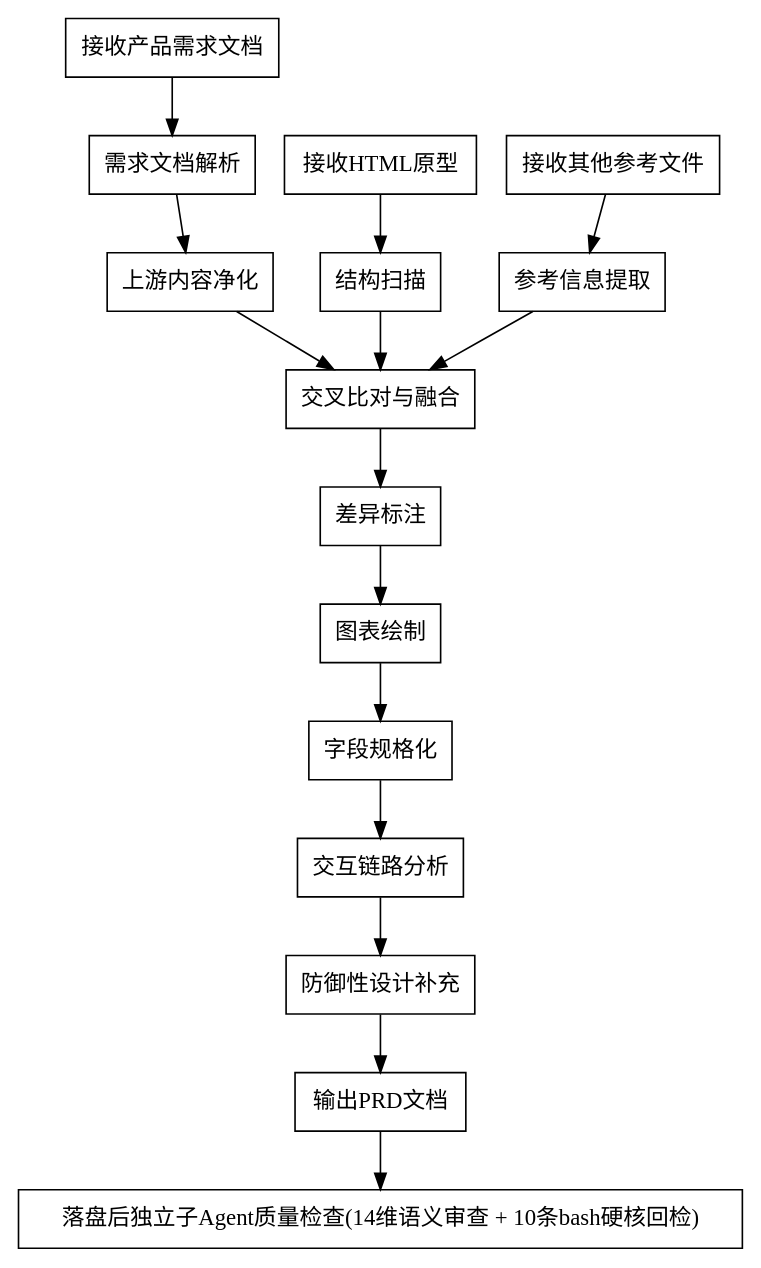
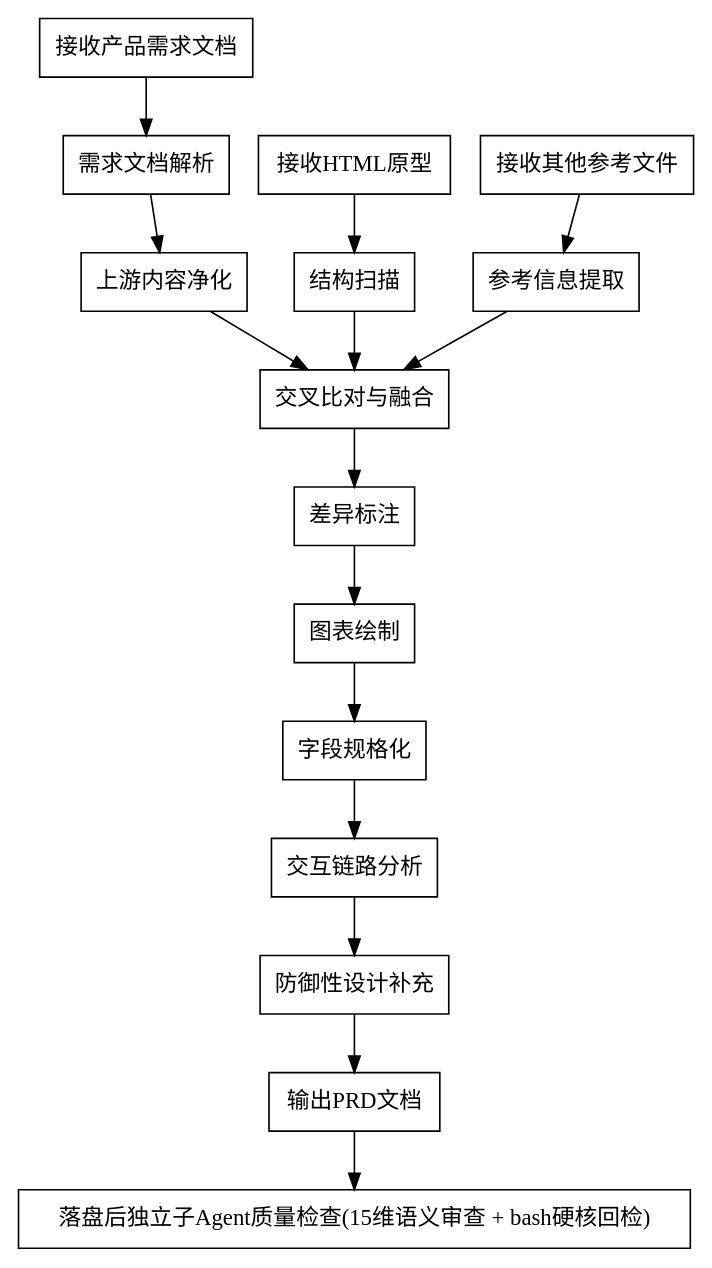
Before and after one commit to SugarFatFree/aidp-code-engineer: the second of 2 diagrams in .aidp/skills/ux-logic-extractor/SKILL.md, drawn with Graphviz. The commit also changed other lines of this file and 346 other files, not shown here.

````diff
--- a/.aidp/skills/ux-logic-extractor/SKILL.md
+++ b/.aidp/skills/ux-logic-extractor/SKILL.md
@@ -130,21 +143,21 @@
 ```dot
 digraph mode_b {
   rankdir=TB;
   node [shape=box];
 
   "接收产品需求文档" -> "需求文档解析";
   "接收HTML原型" -> "结构扫描";
   "接收其他参考文件" -> "参考信息提取";
   "需求文档解析" -> "上游内容净化";
   "上游内容净化" -> "交叉比对与融合";
   "结构扫描" -> "交叉比对与融合";
   "参考信息提取" -> "交叉比对与融合";
   "交叉比对与融合" -> "差异标注";
   "差异标注" -> "图表绘制";
   "图表绘制" -> "字段规格化";
   "字段规格化" -> "交互链路分析";
   "交互链路分析" -> "防御性设计补充";
   "防御性设计补充" -> "输出PRD文档";
-  "输出PRD文档" -> "落盘后独立子Agent质量检查(14维语义审查 + 10条bash硬核回检)";
+  "输出PRD文档" -> "落盘后独立子Agent质量检查(15维语义审查 + bash硬核回检)";
 }
 ```
````
